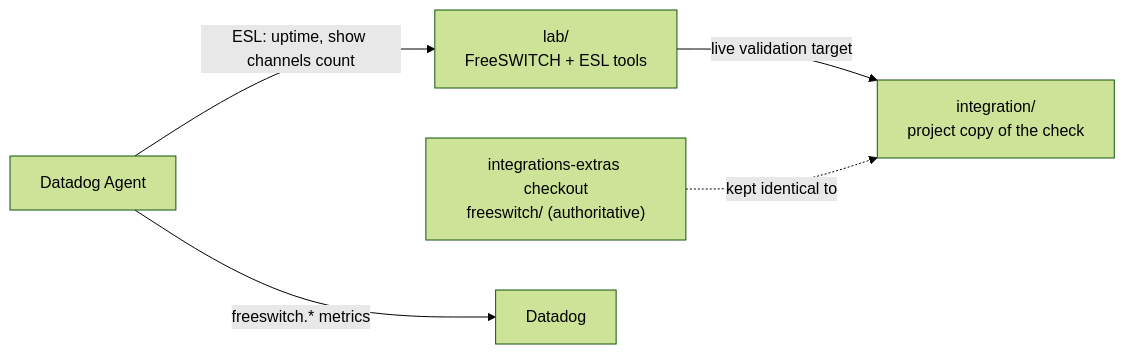
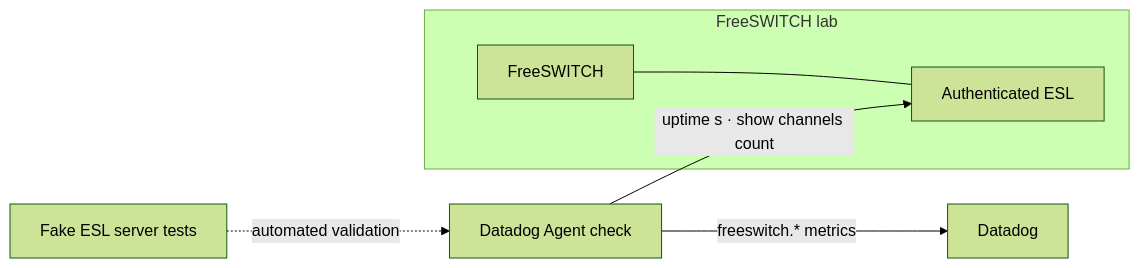
One commit to shivamsancc/datadog-freeswitch changed the diagram in README.md. Above: the diagram before and after it, drawn with Mermaid (forest theme). The commit also changed other lines of this file, not shown here.

Commit message:
Redesign project README

````diff
--- a/README.md
+++ b/README.md
@@ -25,12 +28,11 @@
 ```mermaid
 flowchart LR
-    LAB["lab/<br/>FreeSWITCH + ESL tools"]
-    INT["integration/<br/>project copy of the check"]
-    UP["integrations-extras checkout<br/>freeswitch/ (authoritative)"]
-    AGENT["Datadog Agent"]
-    DD["Datadog"]
-    LAB -- "live validation target" --> INT
-    UP -. "kept identical to" .-> INT
-    AGENT -- "ESL: uptime, show channels count" --> LAB
-    AGENT -- "freeswitch.* metrics" --> DD
+    subgraph LAB["FreeSWITCH lab"]
+        FS["FreeSWITCH"]
+        ESL["Authenticated ESL"]
+        FS --- ESL
+    end
+    AGENT["Datadog Agent check"] -->|"uptime s · show channels count"| ESL
+    AGENT -->|"freeswitch.* metrics"| DD["Datadog"]
+    TESTS["Fake ESL server tests"] -. "automated validation" .-> AGENT
 ```
````
